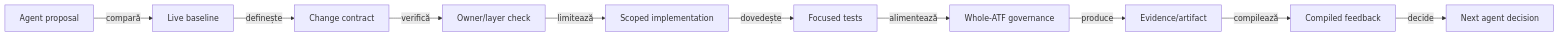
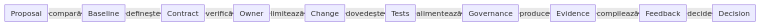
Before and after one commit to crististefanita/atf_j0: the first of 5 diagrams in docs/ATF_AI_Evaluation_Design.md, drawn with Mermaid. The commit also changed other lines of this file and 97 other files, not shown here.

````diff
--- a/docs/ATF_AI_Evaluation_Design.md
+++ b/docs/ATF_AI_Evaluation_Design.md
@@ -880,12 +884,13 @@
 ```mermaid
+%%{init: {"themeVariables":{"fontSize":"15px"},"themeCSS":".nodeLabel, .nodeLabel p { font-size: 15px !important; line-height: 1.35 !important; } .edgeLabel, .edgeLabel p { font-size: 12px !important; font-weight: 400 !important; line-height: 1.2 !important; } .edgeLabel .labelBkg, .edgeLabel p { background: transparent !important; } .edgeLabel foreignObject { transform: translateY(-18px); overflow: visible; } .node rect { rx: 6px; ry: 6px; }","flowchart":{"curve":"linear","nodeSpacing":24,"rankSpacing":4,"padding":6,"diagramPadding":20}}}%%
 flowchart LR
-    Agent[Agent proposal] -->|compară| Baseline[Live baseline]
-    Baseline -->|definește| Contract[Change contract]
-    Contract -->|verifică| Owner[Owner/layer check]
-    Owner -->|limitează| Implement[Scoped implementation]
-    Implement -->|dovedește| Unit[Focused tests]
-    Unit -->|alimentează| Governance[Whole-ATF governance]
-    Governance -->|produce| Artifact[Evidence/artifact]
-    Artifact -->|compilează| Handoff[Compiled feedback]
-    Handoff -->|decide| Next[Next agent decision]
+    Agent["Proposal"] -->|compară| Baseline["Baseline"]
+    Baseline -->|definește| Contract["Contract"]
+    Contract -->|verifică| Owner["Owner"]
+    Owner -->|limitează| Implement["Change"]
+    Implement -->|dovedește| Unit["Tests"]
+    Unit -->|alimentează| Governance["Governance"]
+    Governance -->|produce| Artifact["Evidence"]
+    Artifact -->|compilează| Handoff["Feedback"]
+    Handoff -->|decide| Next["Decision"]
 ```
````
